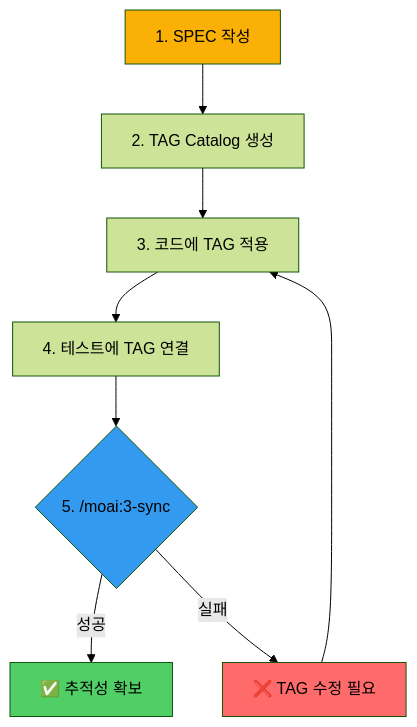
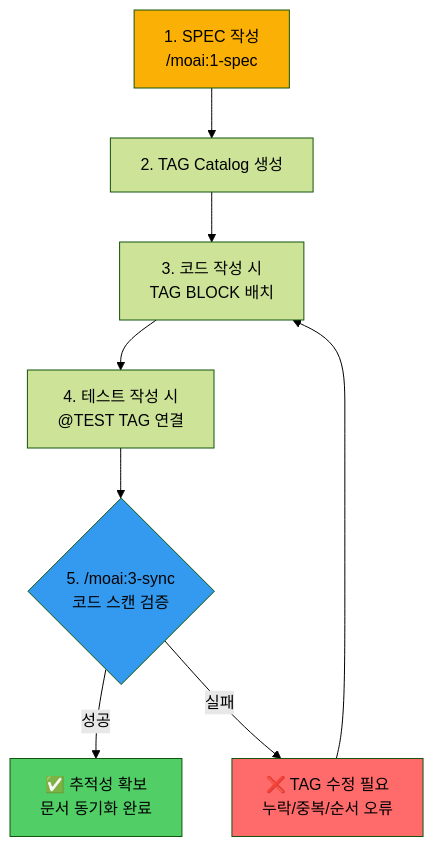
One commit to modu-ai/moai-adk changed the fourth of 4 diagrams in docs/guide/tag-system.md. Above: the diagram before and after it, drawn with Mermaid (forest theme). The commit also changed other lines of this file and 20 other files, not shown here.

````diff
--- a/docs/guide/tag-system.md
+++ b/docs/guide/tag-system.md
@@ -300,15 +458,15 @@
 ```mermaid
 graph TD
-    A[1. SPEC 작성] --> B[2. TAG Catalog 생성]
-    B --> C[3. 코드에 TAG 적용]
-    C --> D[4. 테스트에 TAG 연결]
-    D --> E{5. /moai:3-sync}
-    E -->|성공| F[✅ 추적성 확보]
-    E -->|실패| G[❌ TAG 수정 필요]
+    A[1. SPEC 작성<br/>/moai:1-spec] --> B[2. TAG Catalog 생성]
+    B --> C[3. 코드 작성 시<br/>TAG BLOCK 배치]
+    C --> D[4. 테스트 작성 시<br/>@TEST TAG 연결]
+    D --> E{5. /moai:3-sync<br/>코드 스캔 검증}
+    E -->|성공| F[✅ 추적성 확보<br/>문서 동기화 완료]
+    E -->|실패| G[❌ TAG 수정 필요<br/>누락/중복/순서 오류]
     G --> C
 
     style A fill:#fab005
     style E fill:#339af0
     style F fill:#51cf66
     style G fill:#ff6b6b
 ```
````
